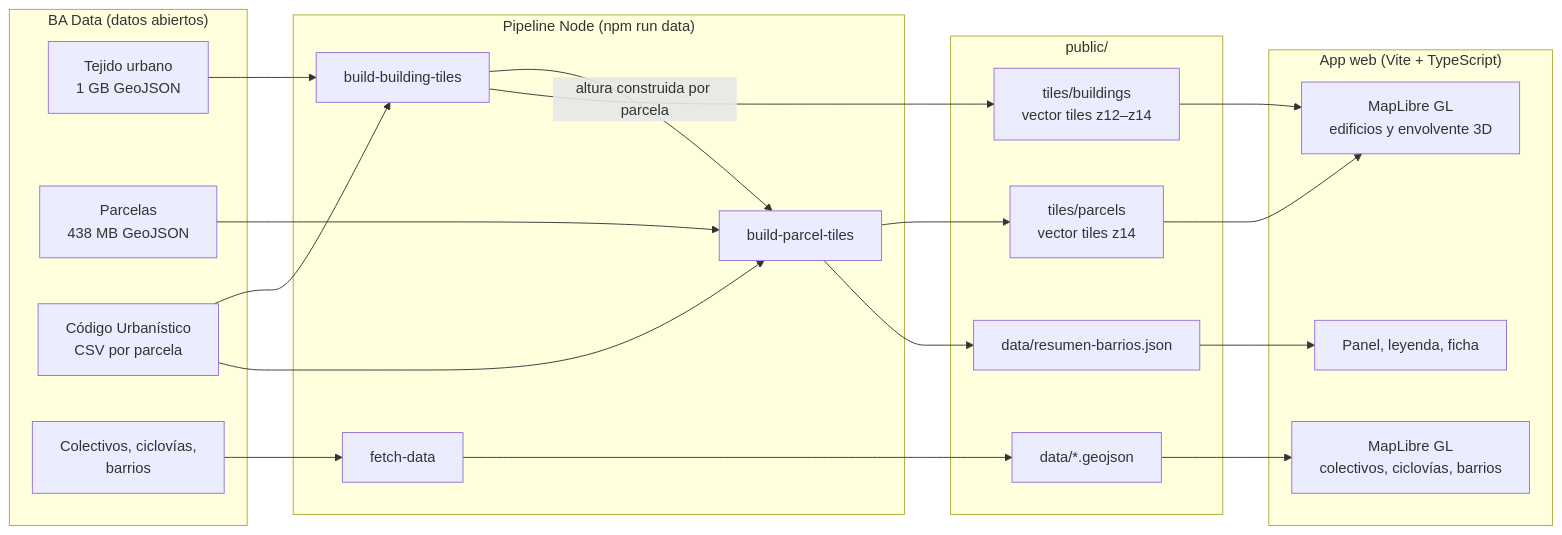
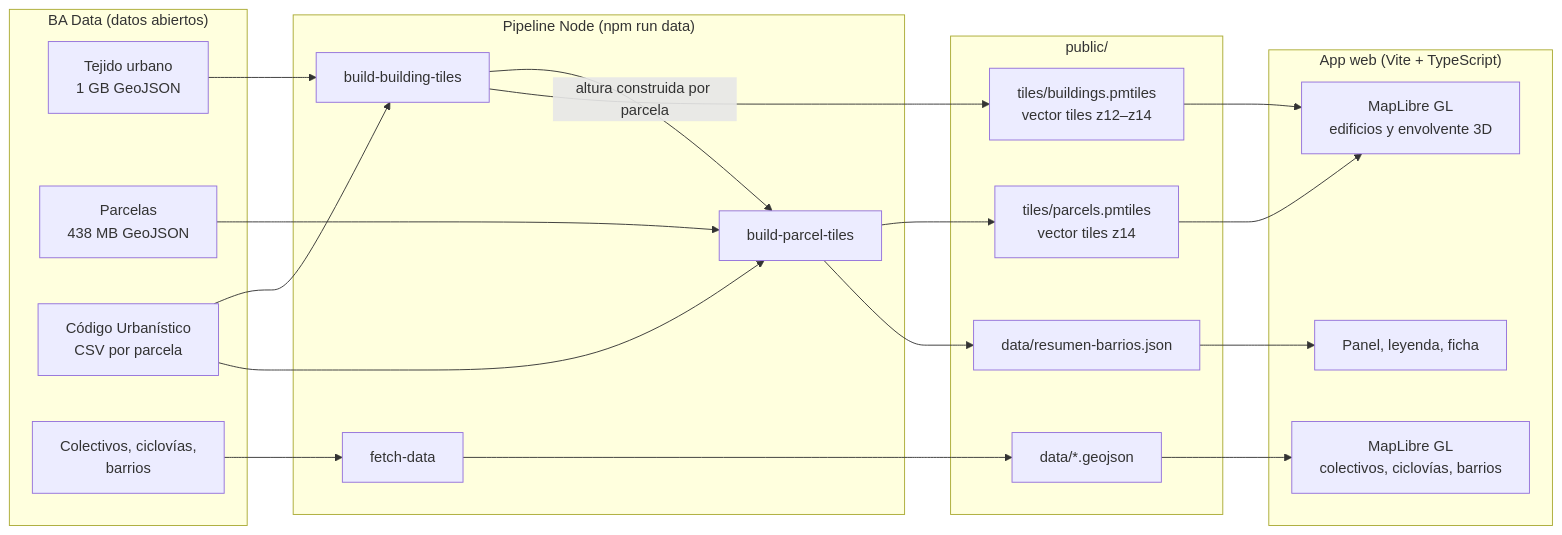
The diagram in README.md (meryboth/buenos-aires-data), drawn with Mermaid before and after one commit. The commit also changed other lines of this file and 19 other files, not shown here.

First line of the commit message:
Corrige el deploy: datos versionados y tiles en PMTiles

````diff
--- a/README.md
+++ b/README.md
@@ -209,39 +211,39 @@
 ```mermaid
 flowchart LR
   subgraph BA["BA Data (datos abiertos)"]
     T[Tejido urbano<br/>1 GB GeoJSON]
     P[Parcelas<br/>438 MB GeoJSON]
     C[Código Urbanístico<br/>CSV por parcela]
     O[Colectivos, ciclovías,<br/>barrios]
   end
   subgraph PIPE["Pipeline Node (npm run data)"]
     B1[build-building-tiles]
     B2[build-parcel-tiles]
     F[fetch-data]
   end
   subgraph OUT["public/"]
-    VT1[tiles/buildings<br/>vector tiles z12–z14]
-    VT2[tiles/parcels<br/>vector tiles z14]
+    VT1[tiles/buildings.pmtiles<br/>vector tiles z12–z14]
+    VT2[tiles/parcels.pmtiles<br/>vector tiles z14]
     J[data/resumen-barrios.json]
     G[data/*.geojson]
   end
   subgraph APP["App web (Vite + TypeScript)"]
     ML[MapLibre GL<br/>edificios y envolvente 3D]
     DK[MapLibre GL<br/>colectivos, ciclovías, barrios]
     UI[Panel, leyenda, ficha]
   end
   T --> B1
   C --> B1
   C --> B2
   P --> B2
   B1 -- altura construida por parcela --> B2
   O --> F
   B1 --> VT1
   B2 --> VT2
   B2 --> J
   F --> G
   VT1 --> ML
   VT2 --> ML
   G --> DK
   J --> UI
 ```
````
